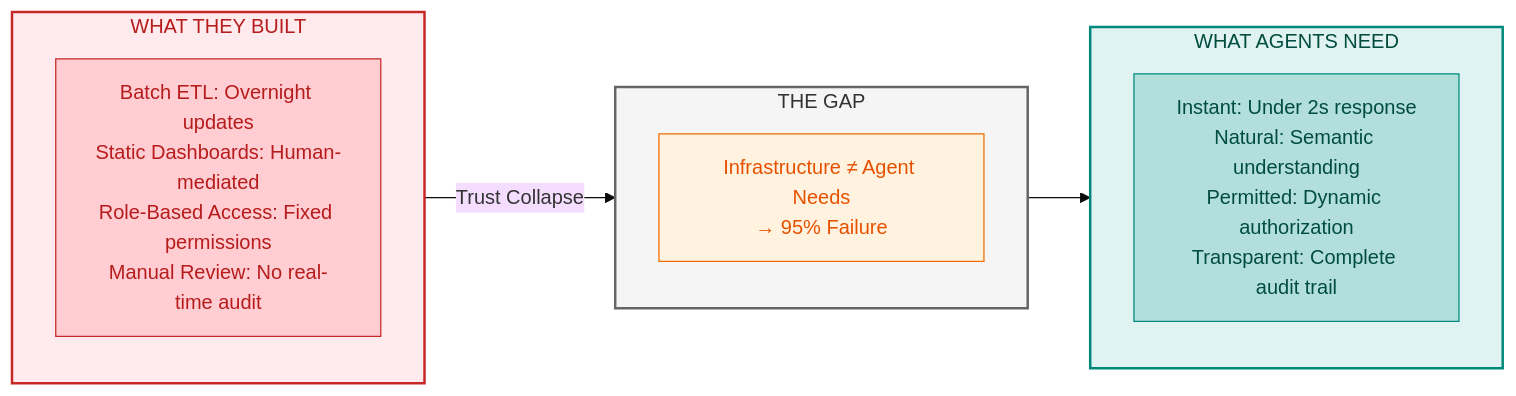
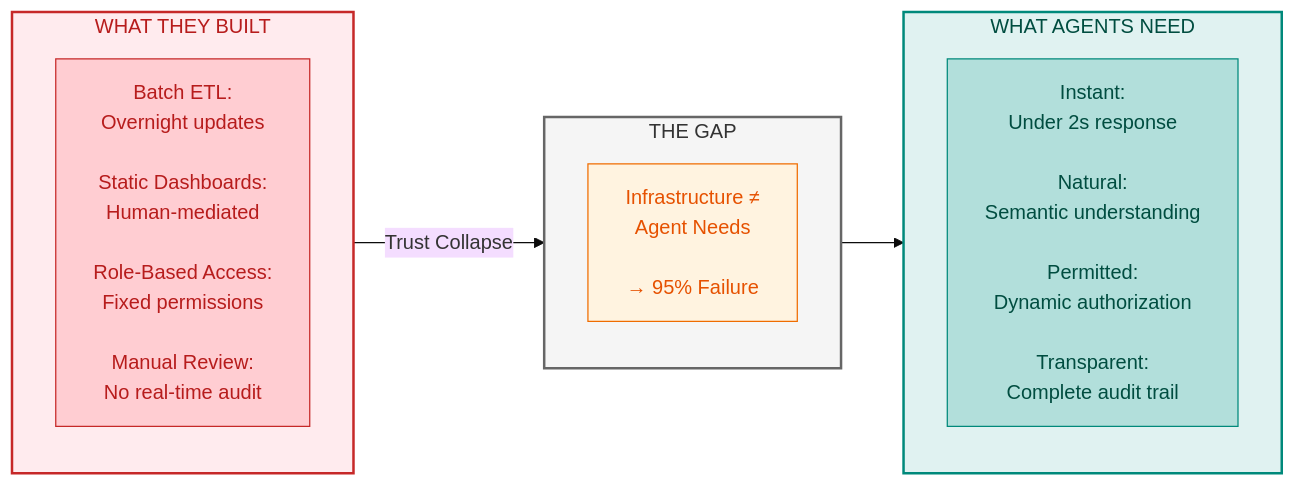
The first of 6 diagrams in manuscript/chapter_1_why_agents_fail_v3_1.md (colaberry/trust-before-intelligence-book), drawn with Mermaid (base theme) before and after one commit.

Commit message:
diagram updated for better readability
diagram updated for better readability

````diff
--- a/manuscript/chapter_1_why_agents_fail_v3_1.md
+++ b/manuscript/chapter_1_why_agents_fail_v3_1.md
@@ -24,29 +24,29 @@
 ```mermaid
 
 graph LR
     subgraph BUILT["WHAT THEY BUILT"]
         direction TB
-        B1["Batch ETL: Overnight updates<br/>Static Dashboards: Human-mediated<br/>Role-Based Access: Fixed permissions<br/>Manual Review: No real-time audit"]
+        B1["Batch ETL:<br/>Overnight updates<br/><br/>Static Dashboards:<br/>Human-mediated<br/><br/>Role-Based Access:<br/>Fixed permissions<br/><br/>Manual Review:<br/>No real-time audit"]
     end
     
     subgraph GAP["THE GAP"]
         direction TB
-        G1["Infrastructure ≠ Agent Needs<br/>→ 95% Failure"]
+        G1["Infrastructure ≠<br/>Agent Needs<br/><br/>→ 95% Failure"]
     end
     
     subgraph NEED["WHAT AGENTS NEED"]
         direction TB
-        N1["Instant: Under 2s response<br/>Natural: Semantic understanding<br/>Permitted: Dynamic authorization<br/>Transparent: Complete audit trail"]
+        N1["Instant:<br/>Under 2s response<br/><br/>Natural:<br/>Semantic understanding<br/><br/>Permitted:<br/>Dynamic authorization<br/><br/>Transparent:<br/>Complete audit trail"]
     end
     
     BUILT -->|"Trust Collapse"| GAP --> NEED
     
     style BUILT fill:#ffebee,stroke:#c62828,stroke-width:2px,color:#b71c1c
     style GAP fill:#f5f5f5,stroke:#666666,stroke-width:2px,color:#333333
     style NEED fill:#e0f2f1,stroke:#00897b,stroke-width:2px,color:#004d40
     style B1 fill:#ffcdd2,stroke:#c62828,color:#b71c1c
     style G1 fill:#fff3e0,stroke:#ef6c00,color:#e65100
     style N1 fill:#b2dfdb,stroke:#00897b,color:#004d40
     
 
 ```
````
